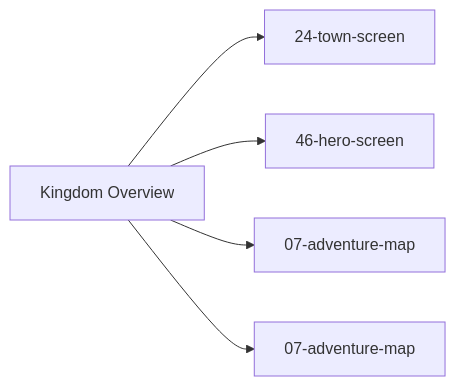
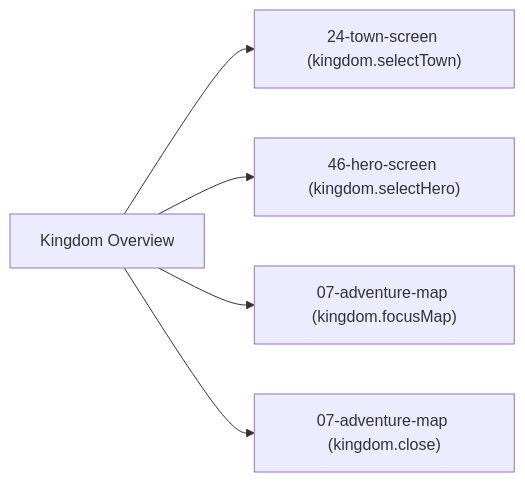
The fifth of 5 diagrams in docs/architecture/wiki/screens/08-kingdom-overview/architecture.md (SunaNoOshiro/Heroes_Reforged_AI_Realms), drawn with Mermaid before and after one commit. The commit also changed other lines of this file and 518 other files, not shown here.

First line of the commit message:
Add doc-audit skill and sweep architecture/screen docs

````diff
--- a/docs/architecture/wiki/screens/08-kingdom-overview/architecture.md
+++ b/docs/architecture/wiki/screens/08-kingdom-overview/architecture.md
@@ -68,8 +77,8 @@
 ```mermaid
 flowchart LR
   Current["Kingdom Overview"]
-  Current --> T0["24-town-screen"]
-  Current --> T1["46-hero-screen"]
-  Current --> T2["07-adventure-map"]
-  Current --> T3["07-adventure-map"]
+  Current --> T0["24-town-screen (kingdom.selectTown)"]
+  Current --> T1["46-hero-screen (kingdom.selectHero)"]
+  Current --> T2["07-adventure-map (kingdom.focusMap)"]
+  Current --> T3["07-adventure-map (kingdom.close)"]
 ```
````
